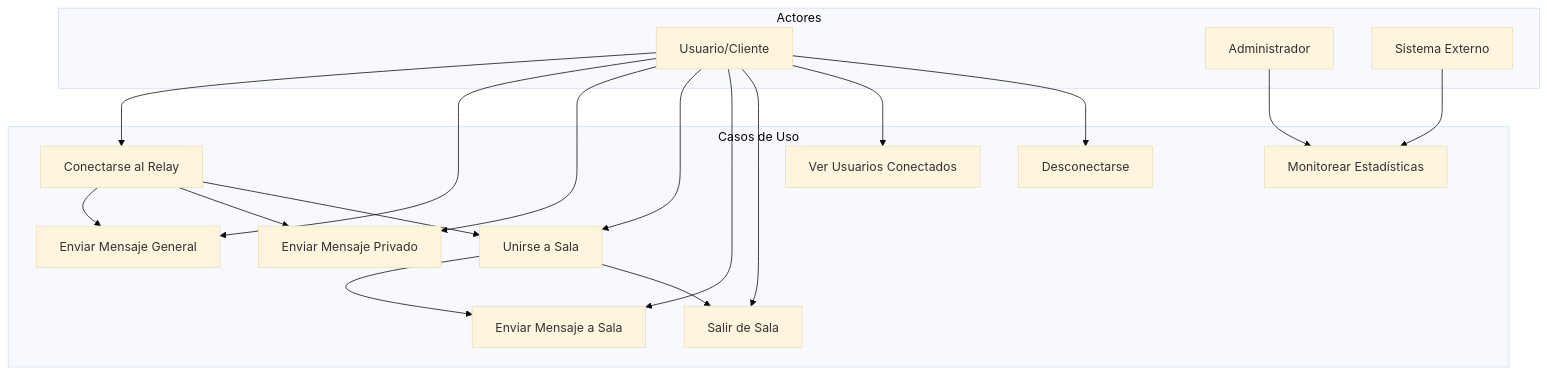
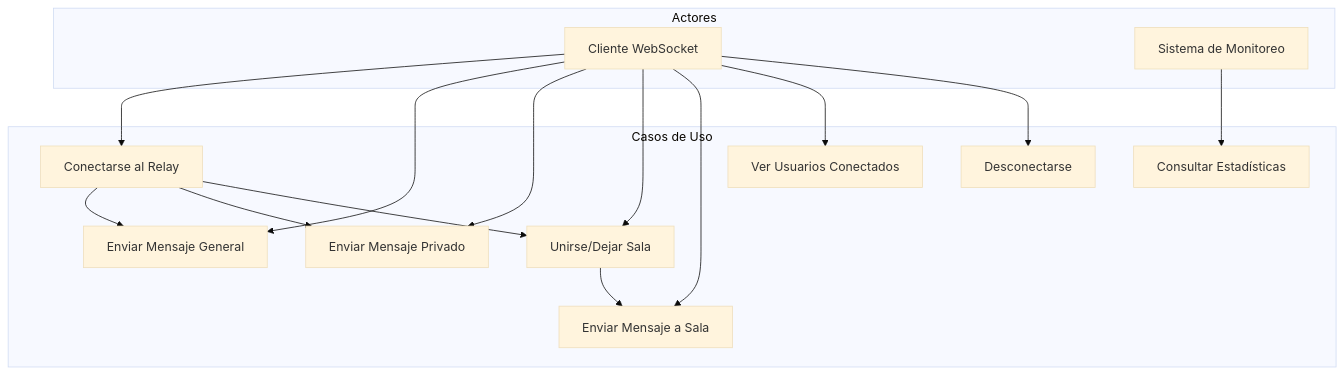
The diagram in docs/funcional/funcional-care-relay-r1.md (e7antonio/care-relay3), drawn with Mermaid (base theme) before and after one commit. The commit also changed other lines of this file and 3 other files, not shown here.

````diff
--- a/docs/funcional/funcional-care-relay-r1.md
+++ b/docs/funcional/funcional-care-relay-r1.md
@@ -34,38 +45,33 @@
 ```mermaid
 graph TB
     subgraph "Actores"
-        U[Usuario/Cliente]
-        A[Administrador]
-        S[Sistema Externo]
+        U[Cliente WebSocket]
+        M[Sistema de Monitoreo]
     end
     
     subgraph "Casos de Uso"
         UC1[Conectarse al Relay]
         UC2[Enviar Mensaje General]
         UC3[Enviar Mensaje Privado]
-        UC4[Unirse a Sala]
+        UC4[Unirse/Dejar Sala]
         UC5[Enviar Mensaje a Sala]
-        UC6[Salir de Sala]
         UC7[Ver Usuarios Conectados]
-        UC8[Monitorear Estadísticas]
+        UC8[Consultar Estadísticas]
         UC9[Desconectarse]
     end
     
     U --> UC1
     U --> UC2
     U --> UC3
     U --> UC4
     U --> UC5
-    U --> UC6
     U --> UC7
     U --> UC9
     
-    A --> UC8
-    S --> UC8
+    M --> UC8
     
     UC1 --> UC2
     UC1 --> UC3
     UC1 --> UC4
     UC4 --> UC5
-    UC4 --> UC6
 ```
````
